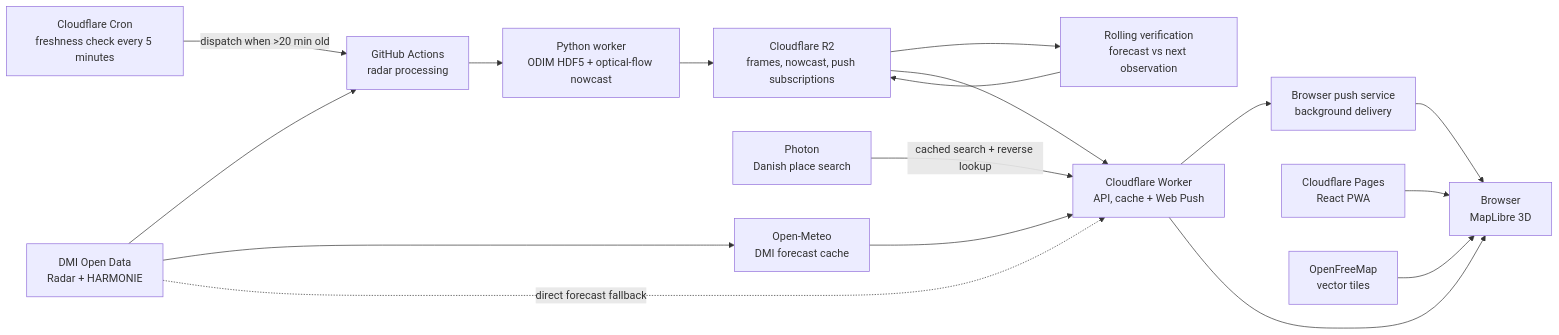
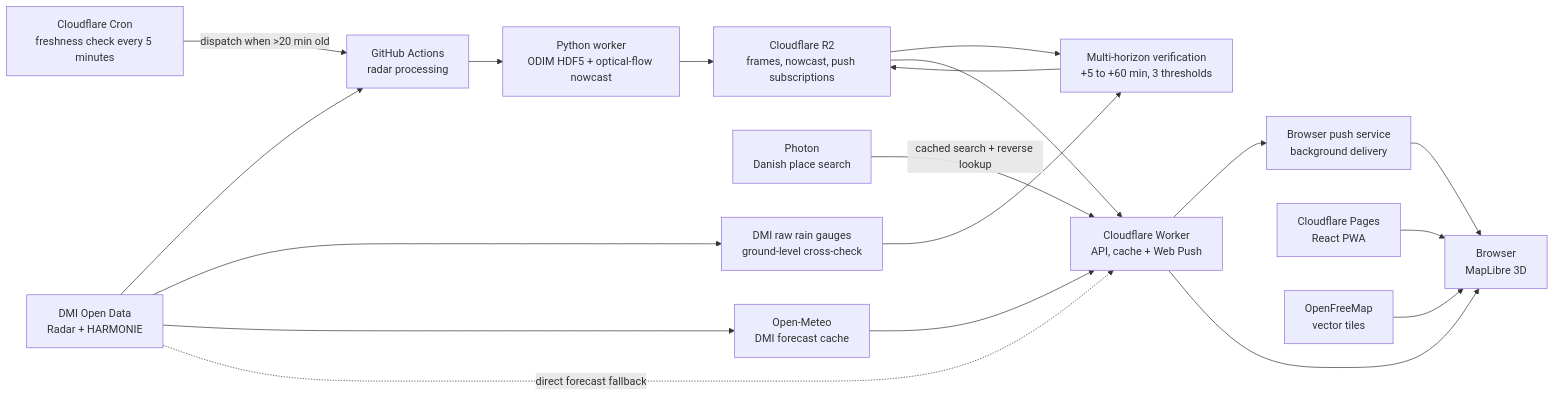
The diagram in README.md (browndahl/wetMap), drawn with Mermaid before and after one commit. The commit also changed other lines of this file and 23 other files, not shown here.

````diff
--- a/README.md
+++ b/README.md
@@ -21,28 +21,30 @@
 ```mermaid
 flowchart LR
   DMI["DMI Open Data\nRadar + HARMONIE"]
   OM["Open-Meteo\nDMI forecast cache"]
   Photon["Photon\nDanish place search"]
   Scheduler["Cloudflare Cron\nfreshness check every 5 minutes"]
   GH["GitHub Actions\nradar processing"]
   PW["Python worker\nODIM HDF5 + optical-flow nowcast"]
   R2["Cloudflare R2\nframes, nowcast, push subscriptions"]
-  Verify["Rolling verification\nforecast vs next observation"]
+  Verify["Multi-horizon verification\n+5 to +60 min, 3 thresholds"]
+  Gauges["DMI raw rain gauges\nground-level cross-check"]
   Edge["Cloudflare Worker\nAPI, cache + Web Push"]
   Push["Browser push service\nbackground delivery"]
   Pages["Cloudflare Pages\nReact PWA"]
   Map["OpenFreeMap\nvector tiles"]
   User["Browser\nMapLibre 3D"]
 
   Scheduler -->|dispatch when >20 min old| GH
   DMI --> GH --> PW --> R2
   R2 --> Verify --> R2
+  DMI --> Gauges --> Verify
   DMI --> OM --> Edge
   DMI -. direct forecast fallback .-> Edge
   Photon -->|cached search + reverse lookup| Edge
   R2 --> Edge
   Edge --> Push --> User
   Pages --> User
   Edge --> User
   Map --> User
 ```
````
